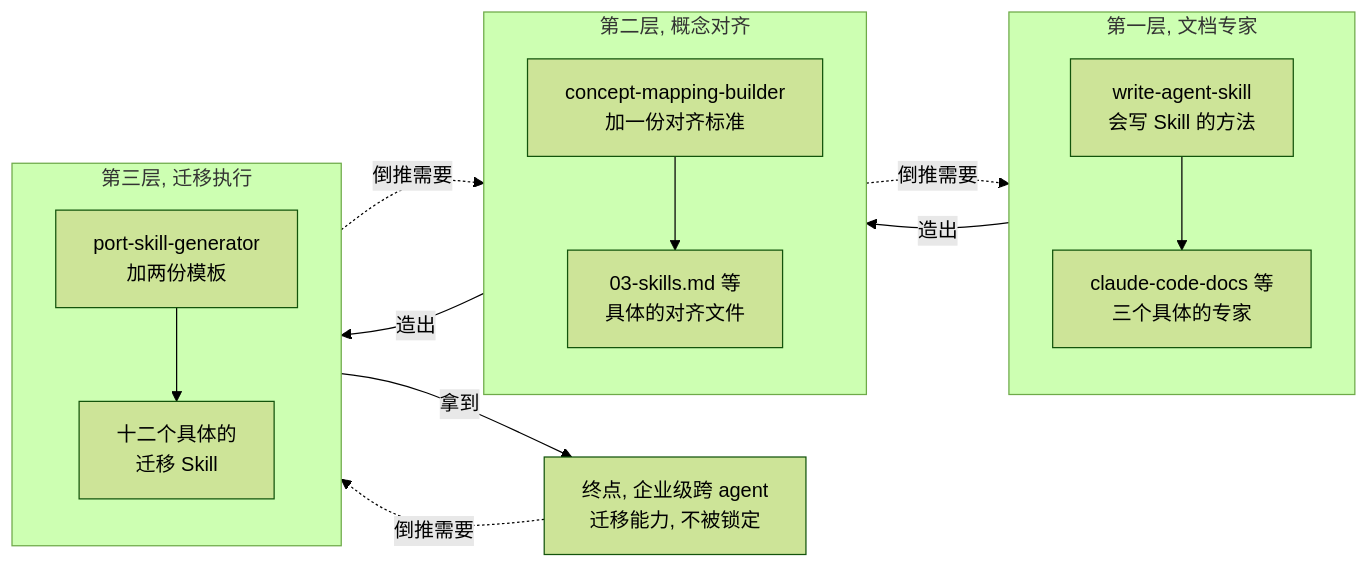
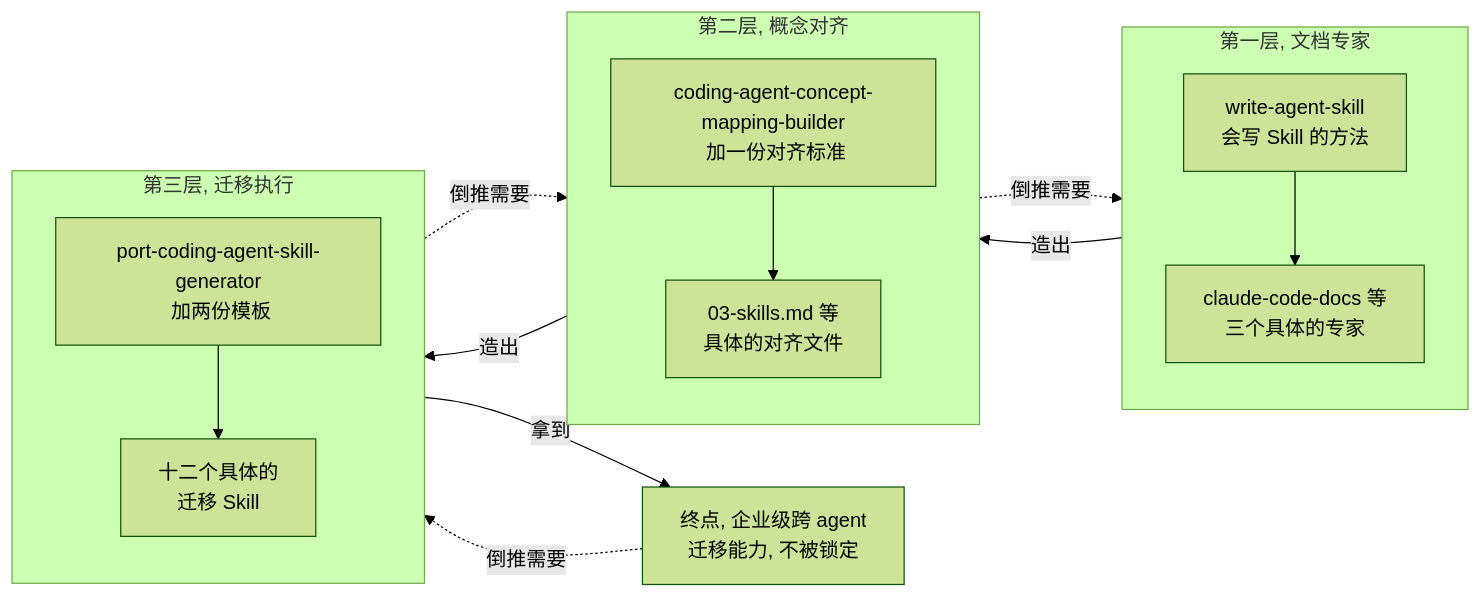
The diagram in examples/04-building-layers-two-and-three/README-cn.md (YingqiangYuan/Build_Agent_Docs), drawn with Mermaid (forest theme) before and after one commit. The commit also changed other lines of this file and 59 other files, not shown here.

````diff
--- a/examples/04-building-layers-two-and-three/README-cn.md
+++ b/examples/04-building-layers-two-and-three/README-cn.md
@@ -117,22 +117,22 @@
 ```mermaid
 flowchart LR
 subgraph L1["第一层, 文档专家"]
 direction TB
 A1["write-agent-skill<br/> 会写 Skill 的方法"] --> A2["claude-code-docs 等<br/> 三个具体的专家"]
 end
 subgraph L2["第二层, 概念对齐"]
 direction TB
-B1["concept-mapping-builder<br/> 加一份对齐标准"] --> B2["03-skills.md 等<br/> 具体的对齐文件"]
+B1["coding-agent-concept-mapping-builder<br/> 加一份对齐标准"] --> B2["03-skills.md 等<br/> 具体的对齐文件"]
 end
 subgraph L3["第三层, 迁移执行"]
 direction TB
-C1["port-skill-generator<br/> 加两份模板"] --> C2["十二个具体的<br/> 迁移 Skill"]
+C1["port-coding-agent-skill-generator<br/> 加两份模板"] --> C2["十二个具体的<br/> 迁移 Skill"]
 end
 Goal["终点, 企业级跨 agent<br/> 迁移能力, 不被锁定"]
 L1 -->| 造出| L2
 L2 -->| 造出| L3
 L3 -->| 拿到| Goal
 Goal -.->| 倒推需要| L3
 L3 -.->| 倒推需要| L2
 L2 -.->| 倒推需要| L1
 ```
````
